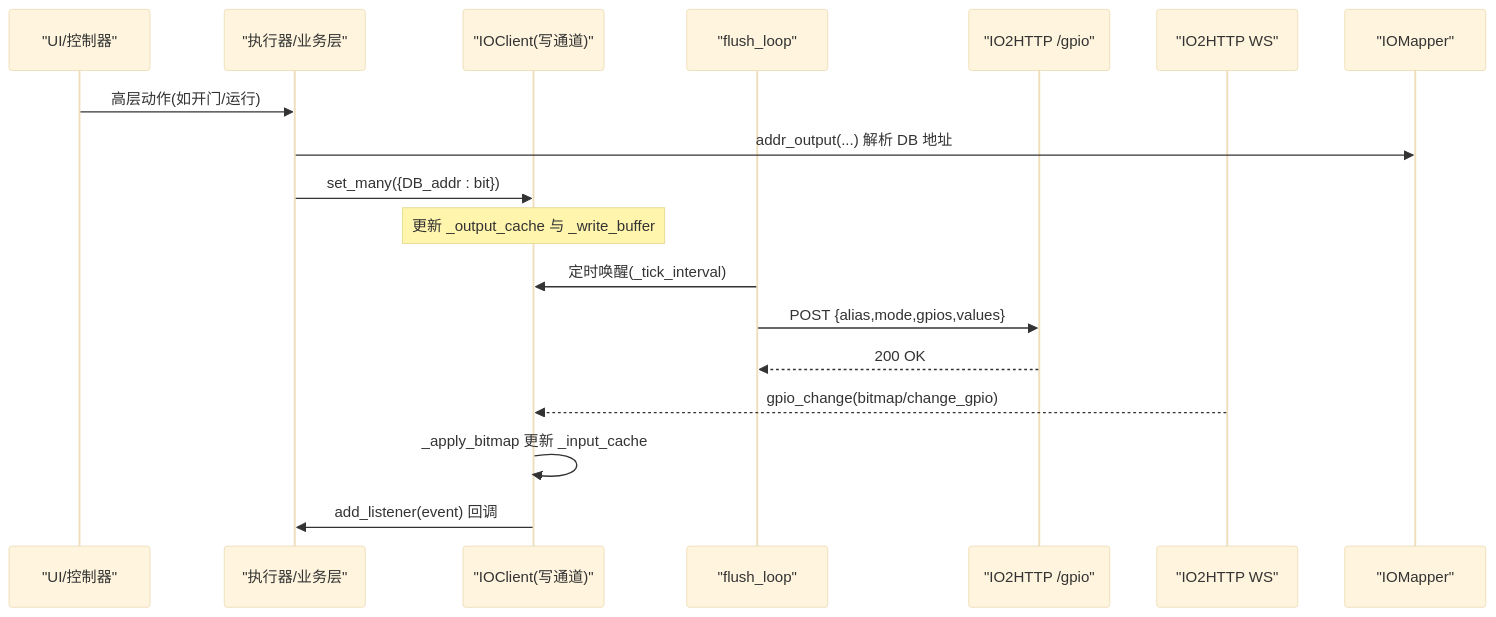
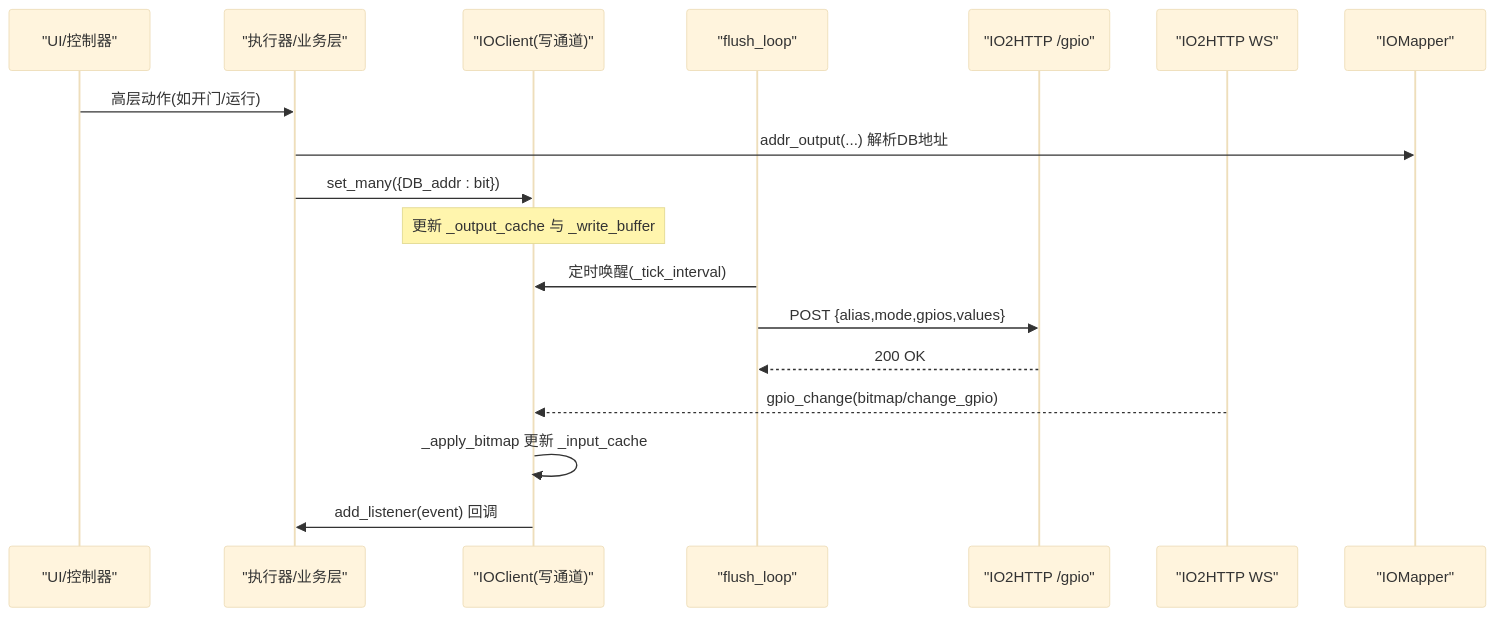
One commit to xmb505/Haku_EET changed the second of 7 diagrams in .qoder/repowiki/zh/content/脑干模块.md. Above: the diagram before and after it, drawn with Mermaid (base theme). The commit also changed other lines of this file and 10 other files, not shown here.

````diff
--- a/.qoder/repowiki/zh/content/脑干模块.md
+++ b/.qoder/repowiki/zh/content/脑干模块.md
@@ -88,20 +99,20 @@
 ```mermaid
 sequenceDiagram
 participant UI as "UI/控制器"
 participant EXE as "执行器/业务层"
 participant IO as "IOClient(写通道)"
 participant FLUSH as "flush_loop"
 participant HTTP as "IO2HTTP /gpio"
 participant WS as "IO2HTTP WS"
 participant MAP as "IOMapper"
 UI->>EXE : 高层动作(如开门/运行)
-EXE->>MAP : addr_output(...) 解析 DB 地址
+EXE->>MAP : addr_output(...) 解析DB地址
 EXE->>IO : set_many({DB_addr : bit})
 Note over IO : 更新 _output_cache 与 _write_buffer
 FLUSH->>IO : 定时唤醒(_tick_interval)
 FLUSH->>HTTP : POST {alias,mode,gpios,values}
 HTTP-->>FLUSH : 200 OK
 WS-->>IO : gpio_change(bitmap/change_gpio)
 IO->>IO : _apply_bitmap 更新 _input_cache
 IO->>EXE : add_listener(event) 回调
 ```
````
